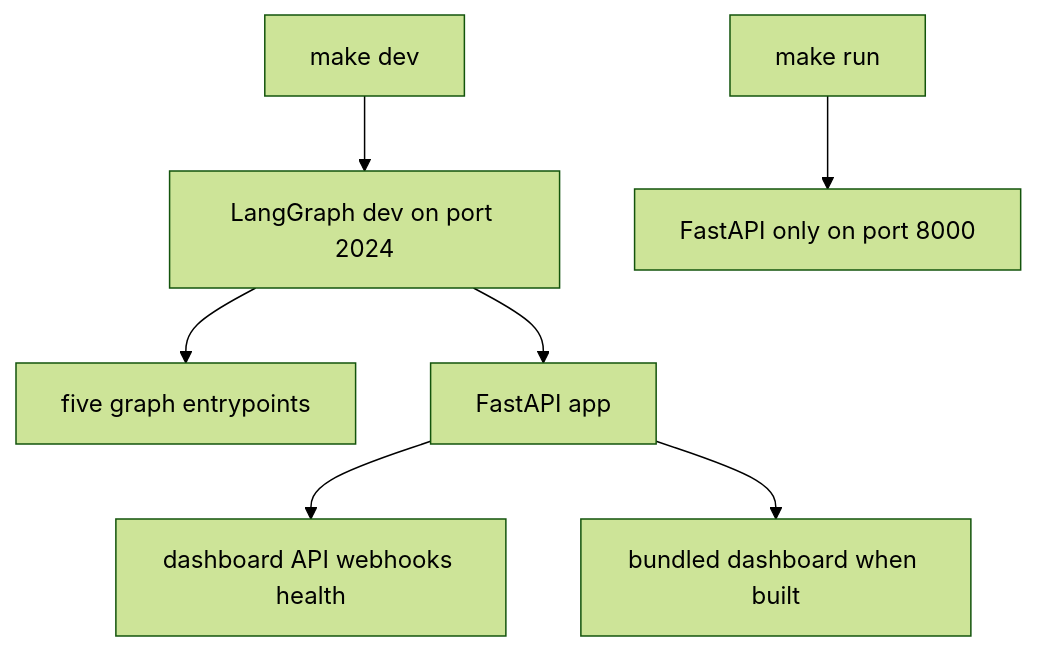
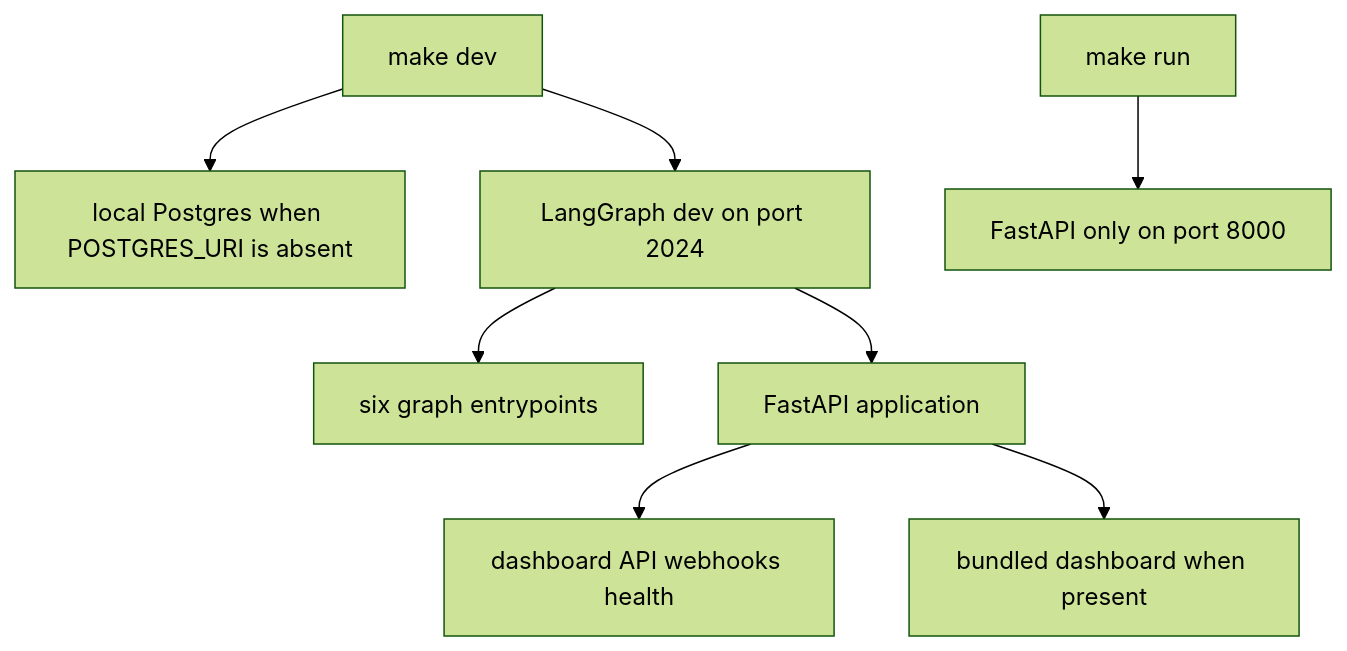
One commit to langchain-ai/open-swe changed the first of 2 diagrams in openwiki/operations/deployment.md. Above: the diagram before and after it, drawn with Mermaid (forest theme). The commit also changed other lines of this file and 51 other files, not shown here.

````diff
--- a/openwiki/operations/deployment.md
+++ b/openwiki/operations/deployment.md
@@ -88,9 +85,10 @@
 ```mermaid
 flowchart TD
-  Full["make dev"] --> LG["LangGraph dev on port 2024"]
-  LG --> Graphs["five graph entrypoints"]
-  LG --> API["FastAPI app"]
-  API --> Routes["dashboard API webhooks health"]
-  API --> UI["bundled dashboard when built"]
-  HTTP["make run"] --> Uvicorn["FastAPI only on port 8000"]
+  Dev["make dev"] --> Database["local Postgres when POSTGRES_URI is absent"]
+  Dev --> Runtime["LangGraph dev on port 2024"]
+  Runtime --> Graphs["six graph entrypoints"]
+  Runtime --> Api["FastAPI application"]
+  Api --> Routes["dashboard API webhooks health"]
+  Api --> Bundle["bundled dashboard when present"]
+  Run["make run"] --> Uvicorn["FastAPI only on port 8000"]
 ```
````
